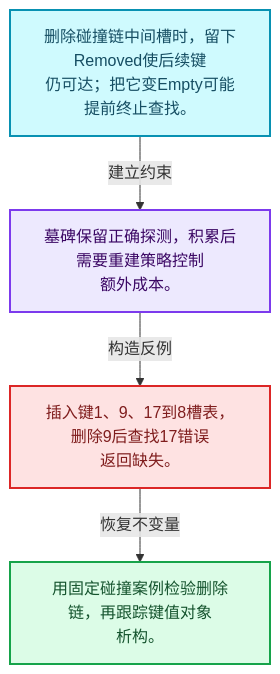
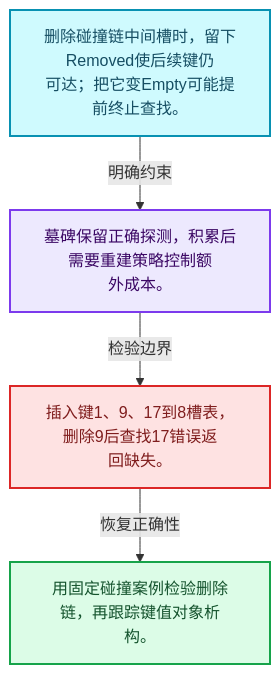
The first of 4 diagrams in 杂/markdown/全面学习-codex/02-哈希表与关联数据结构/06-删除墓碑与值销毁.md (yunkezengren/blender-.vscode), drawn with Mermaid before and after one commit. The commit also changed other lines of this file and 1930 other files, not shown here.

````diff
--- a/杂/markdown/全面学习-codex/02-哈希表与关联数据结构/06-删除墓碑与值销毁.md
+++ b/杂/markdown/全面学习-codex/02-哈希表与关联数据结构/06-删除墓碑与值销毁.md
@@ -29,16 +29,16 @@
 ```mermaid
 flowchart TB
-  M["删除碰撞链中间槽时，留下Removed使后续键<br/>仍可达；把它变Empty可能提前终止查找。"]:::data
-  T["墓碑保留正确探测，积累后需要重建策略控制<br/>额外成本。"]:::abstraction
-  X["插入键1、9、17到8槽表，删除9后查找17错误<br/>返回缺失。"]:::error
-  A["用固定碰撞案例检验删除链，再跟踪键值对象<br/>析构。"]:::result
-  M -->|"建立约束"| T
-  T -->|"构造反例"| X
-  X -->|"恢复不变量"| A
+  M["删除碰撞链中间槽时，留下Removed使后续键仍<br/>可达；把它变Empty可能提前终止查找。"]:::data
+  C["墓碑保留正确探测，积累后需要重建策略控制额<br/>外成本。"]:::abstraction
+  B["插入键1、9、17到8槽表，删除9后查找17错误返<br/>回缺失。"]:::error
+  R["用固定碰撞案例检验删除链，再跟踪键值对象析<br/>构。"]:::result
+  M -->|"明确约束"| C
+  C -->|"检验边界"| B
+  B -->|"恢复正确性"| R
   classDef input fill:#DBEAFE,stroke:#2563EB,color:#172554,stroke-width:2px;
   classDef data fill:#CFFAFE,stroke:#0891B2,color:#164E63,stroke-width:2px;
   classDef abstraction fill:#EDE9FE,stroke:#7C3AED,color:#3B0764,stroke-width:2px;
   classDef compute fill:#FEF3C7,stroke:#D97706,color:#78350F,stroke-width:2px;
   classDef result fill:#DCFCE7,stroke:#16A34A,color:#14532D,stroke-width:2px;
   classDef error fill:#FEE2E2,stroke:#DC2626,color:#7F1D1D,stroke-width:2px;
 ```
````
